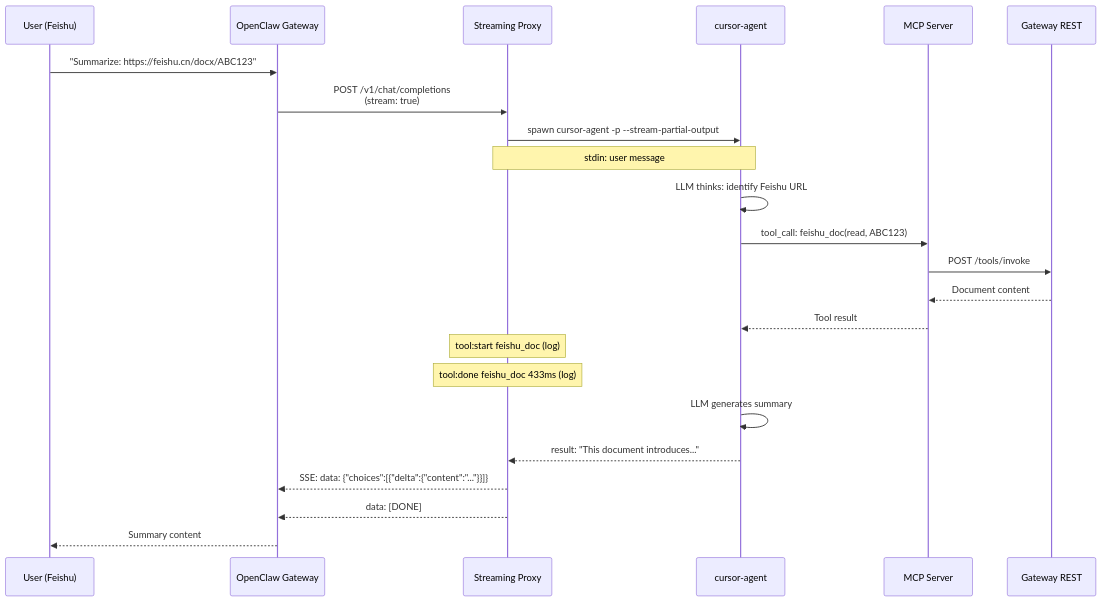
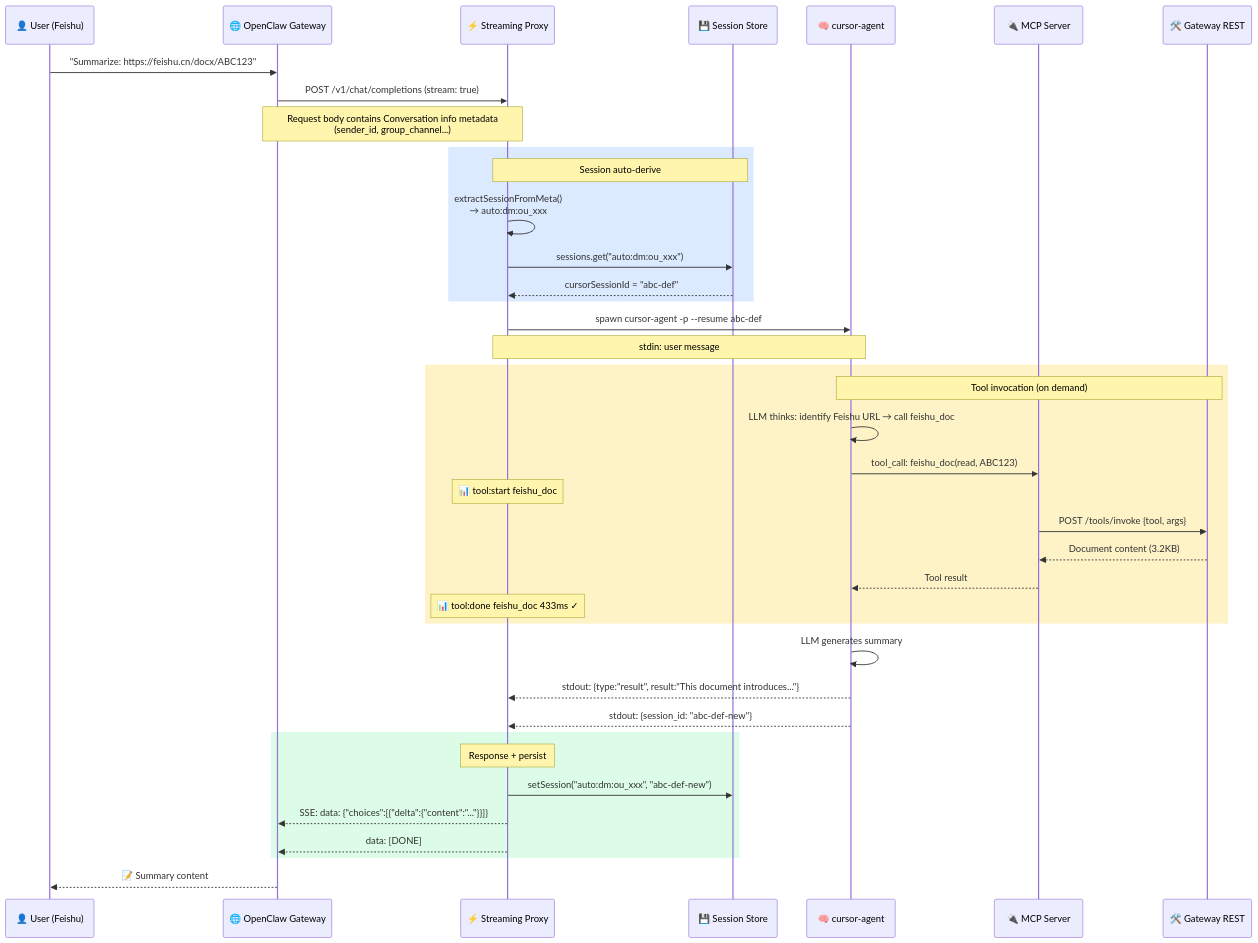
One commit to andeya/openclaw-cursor-bridge changed the sixth of 10 diagrams in doc/technical-guide-en.md. Above: the diagram before and after it, drawn with Mermaid. The commit also changed other lines of this file and 8 other files, not shown here.

````diff
--- a/doc/technical-guide-en.md
+++ b/doc/technical-guide-en.md
@@ -531,31 +631,48 @@
 ```mermaid
 sequenceDiagram
-    participant U as User (Feishu)
-    participant GW as OpenClaw Gateway
-    participant P as Streaming Proxy
-    participant A as cursor-agent
-    participant MCP as MCP Server
-    participant API as Gateway REST
+    participant U as 👤 User (Feishu)
+    participant GW as 🌐 OpenClaw Gateway
+    participant P as ⚡ Streaming Proxy
+    participant S as 💾 Session Store
+    participant A as 🧠 cursor-agent
+    participant MCP as 🔌 MCP Server
+    participant API as 🛠️ Gateway REST
 
     U->>GW: "Summarize: https://feishu.cn/docx/ABC123"
-    GW->>P: POST /v1/chat/completions<br/>(stream: true)
-    P->>A: spawn cursor-agent -p --stream-partial-output
+    GW->>P: POST /v1/chat/completions (stream: true)
+    Note over GW,P: Request body contains Conversation info metadata<br/>(sender_id, group_channel...)
+
+    rect rgb(219, 234, 254)
+        Note over P,S: Session auto-derive
+        P->>P: extractSessionFromMeta()<br/>→ auto:dm:ou_xxx
+        P->>S: sessions.get("auto:dm:ou_xxx")
+        S-->>P: cursorSessionId = "abc-def"
+    end
+
+    P->>A: spawn cursor-agent -p --resume abc-def
     Note over P,A: stdin: user message
 
-    A->>A: LLM thinks: identify Feishu URL
-
-    A->>MCP: tool_call: feishu_doc(read, ABC123)
-    MCP->>API: POST /tools/invoke
-    API-->>MCP: Document content
-    MCP-->>A: Tool result
-
-    Note over P: tool:start feishu_doc (log)
-    Note over P: tool:done feishu_doc 433ms (log)
+    rect rgb(254, 243, 199)
+        Note over A,API: Tool invocation (on demand)
+        A->>A: LLM thinks: identify Feishu URL → call feishu_doc
+        A->>MCP: tool_call: feishu_doc(read, ABC123)
+        Note over P: 📊 tool:start feishu_doc
+        MCP->>API: POST /tools/invoke {tool, args}
+        API-->>MCP: Document content (3.2KB)
+        MCP-->>A: Tool result
+        Note over P: 📊 tool:done feishu_doc 433ms ✓
+    end
 
     A->>A: LLM generates summary
+    A-->>P: stdout: {type:"result", result:"This document introduces..."}
+    A-->>P: stdout: {session_id: "abc-def-new"}
 
-    A-->>P: result: "This document introduces..."
-    P-->>GW: SSE: data: {"choices":[{"delta":{"content":"..."}}]}
-    P-->>GW: data: [DONE]
-    GW-->>U: Summary content
+    rect rgb(220, 252, 231)
+        Note over P: Response + persist
+        P->>S: setSession("auto:dm:ou_xxx", "abc-def-new")
+        P-->>GW: SSE: data: {"choices":[{"delta":{"content":"..."}}]}
+        P-->>GW: data: [DONE]
+    end
+
+    GW-->>U: 📝 Summary content
 ```
````
